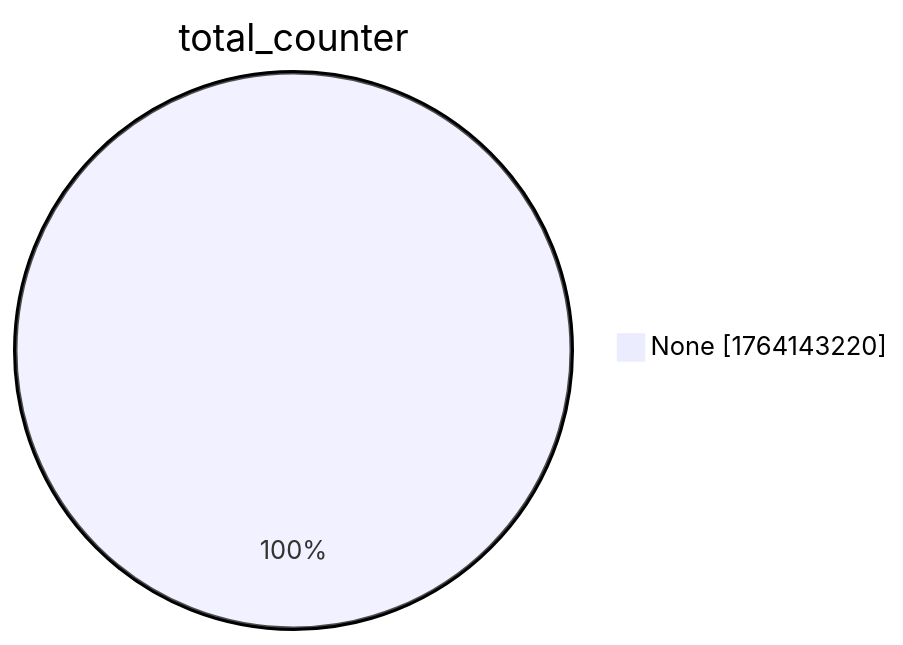
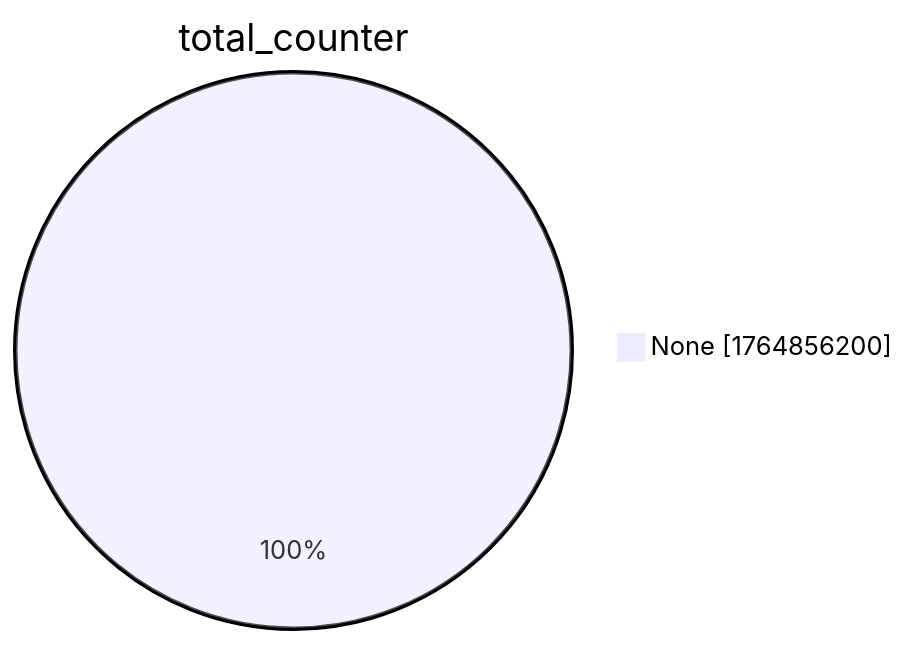
The second of 15 diagrams in xenon2022/README.md (christiankrug/ctmonitor_visualization), drawn with Mermaid before and after one commit. The commit also changed other lines of this file, not shown here.

````diff
--- a/xenon2022/README.md
+++ b/xenon2022/README.md
@@ -9,5 +9,5 @@
 ```mermaid
 pie showData
 title total_counter
-"None" :1764143220
+"None" :1764856200
 ```
````
